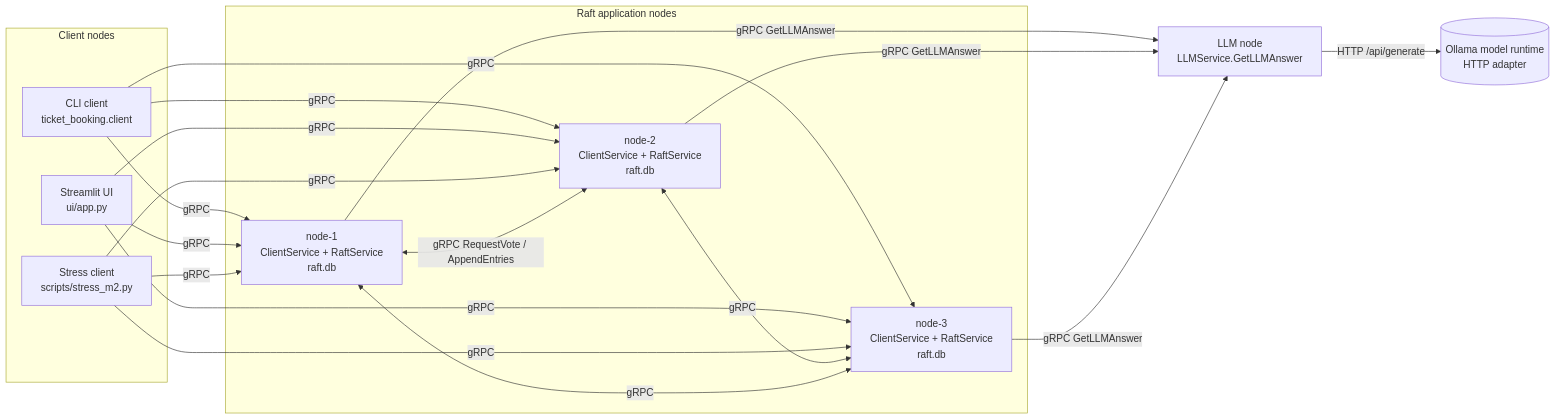
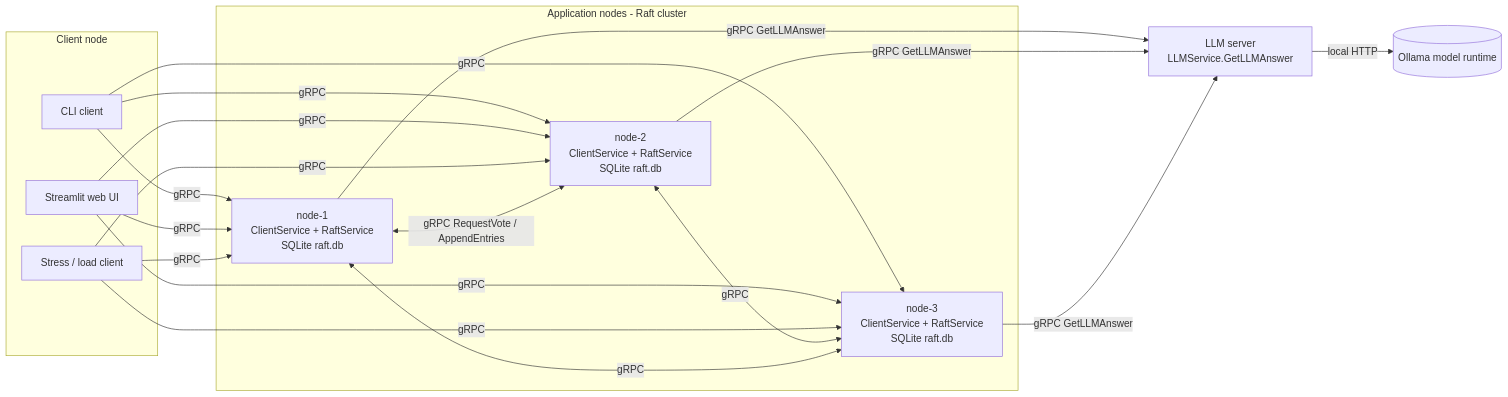
Before and after one commit to PrathamSoneja/ticket-booking-system: the diagram in README.md, drawn with Mermaid. The commit also changed other lines of this file and 22 other files, not shown here.

````diff
--- a/README.md
+++ b/README.md
@@ -327,23 +48,23 @@
 ```mermaid
 flowchart LR
-    subgraph clients[Client nodes]
-        CLI[CLI client<br/>ticket_booking.client]
-        UI[Streamlit UI<br/>ui/app.py]
-        ST[Stress client<br/>scripts/stress_m2.py]
+    subgraph clients[Client node]
+        CLI[CLI client]
+        UI[Streamlit web UI]
+        ST[Stress / load client]
     end
-    subgraph raft[Raft application nodes]
-        N1[node-1<br/>ClientService + RaftService<br/>raft.db]
-        N2[node-2<br/>ClientService + RaftService<br/>raft.db]
-        N3[node-3<br/>ClientService + RaftService<br/>raft.db]
+    subgraph raft[Application nodes - Raft cluster]
+        N1[node-1<br/>ClientService + RaftService<br/>SQLite raft.db]
+        N2[node-2<br/>ClientService + RaftService<br/>SQLite raft.db]
+        N3[node-3<br/>ClientService + RaftService<br/>SQLite raft.db]
     end
-    LLM[LLM node<br/>LLMService.GetLLMAnswer]
-    OL[(Ollama model runtime<br/>HTTP adapter)]
+    LLM[LLM server<br/>LLMService.GetLLMAnswer]
+    OL[(Ollama model runtime)]
     CLI -- gRPC --> N1 & N2 & N3
     UI -- gRPC --> N1 & N2 & N3
     ST -- gRPC --> N1 & N2 & N3
     N1 <-- "gRPC RequestVote / AppendEntries" --> N2
     N2 <-- gRPC --> N3
     N1 <-- gRPC --> N3
     N1 & N2 & N3 -- "gRPC GetLLMAnswer" --> LLM
-    LLM -- "HTTP /api/generate" --> OL
+    LLM -- "local HTTP" --> OL
 ```
````
